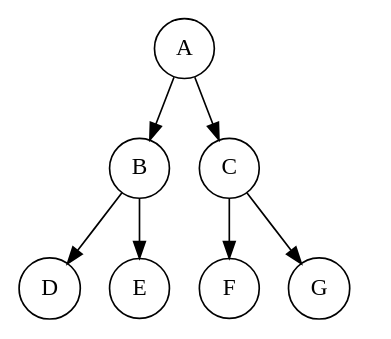
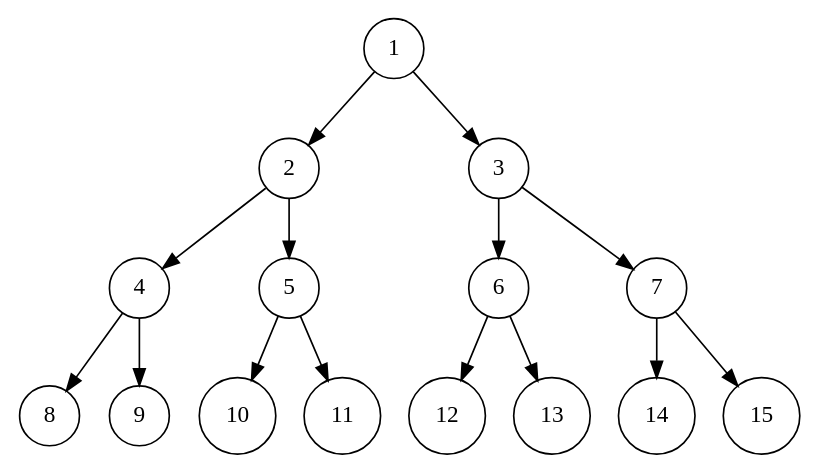
The diagram in study-algorithm/src/main/graphviz/test2.dot (isliulin/djt-study), drawn with Graphviz before and after one commit. The commit also changed 3 other files, not shown here.

Commit message:
algorithm：增加Graphviz使用示例

```diff
--- a/study-algorithm/src/main/graphviz/test2.dot
+++ b/study-algorithm/src/main/graphviz/test2.dot
@@ -1,16 +1,31 @@
 digraph g {
-  A->B;
-  A->C;
-  B->D;
-  B->E;
-  C->F;
-  C->G;
-  A[shape=circle, label="A"];
-  B[shape=circle, label="B"];
-  C[shape=circle, label="C"];
-  D[shape=circle, label="D"];
-  E[shape=circle, label="E"];
-  F[shape=circle, label="F"];
-  G[shape=circle, label="G"];
-  NULL[style=invis];
+    1 [shape = circle, label = "1"];
+    2 [shape = circle, label = "2"];
+    3 [shape = circle, label = "3"];
+    4 [shape = circle, label = "4"];
+    5 [shape = circle, label = "5"];
+    6 [shape = circle, label = "6"];
+    7 [shape = circle, label = "7"];
+    8 [shape = circle, label = "8"];
+    9 [shape = circle, label = "9"];
+    10 [shape = circle, label = "10"];
+    11 [shape = circle, label = "11"];
+    12 [shape = circle, label = "12"];
+    13 [shape = circle, label = "13"];
+    14 [shape = circle, label = "14"];
+    15 [shape = circle, label = "15"];
+    1 -> 2;
+    1 -> 3;
+    2 -> 4;
+    2 -> 5;
+    3 -> 6;
+    3 -> 7;
+    4 -> 8;
+    4 -> 9;
+    5 -> 10;
+    5 -> 11;
+    6 -> 12;
+    6 -> 13;
+    7 -> 14;
+    7 -> 15;
 }
```
